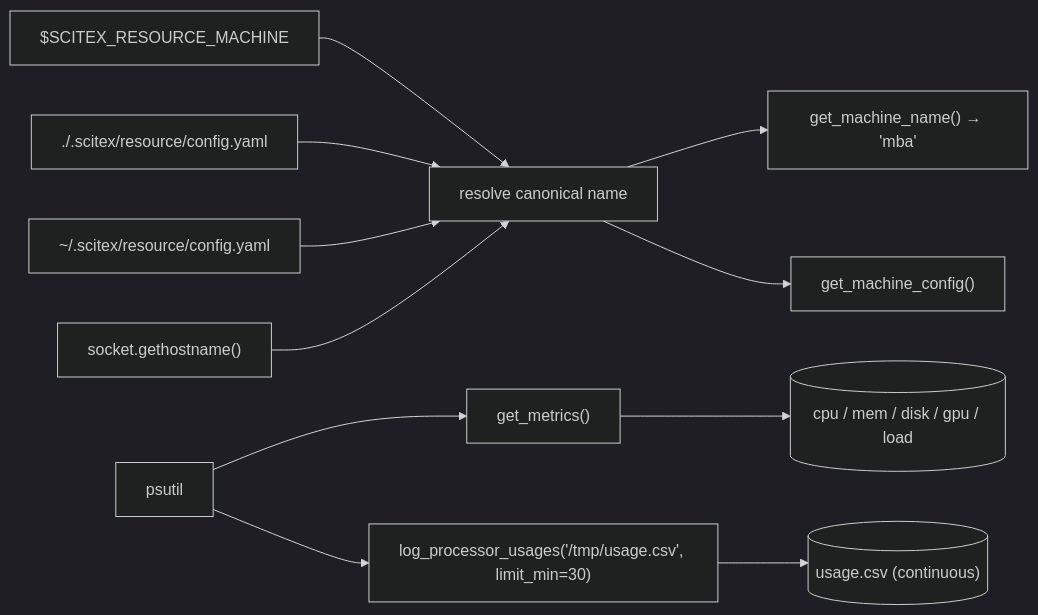
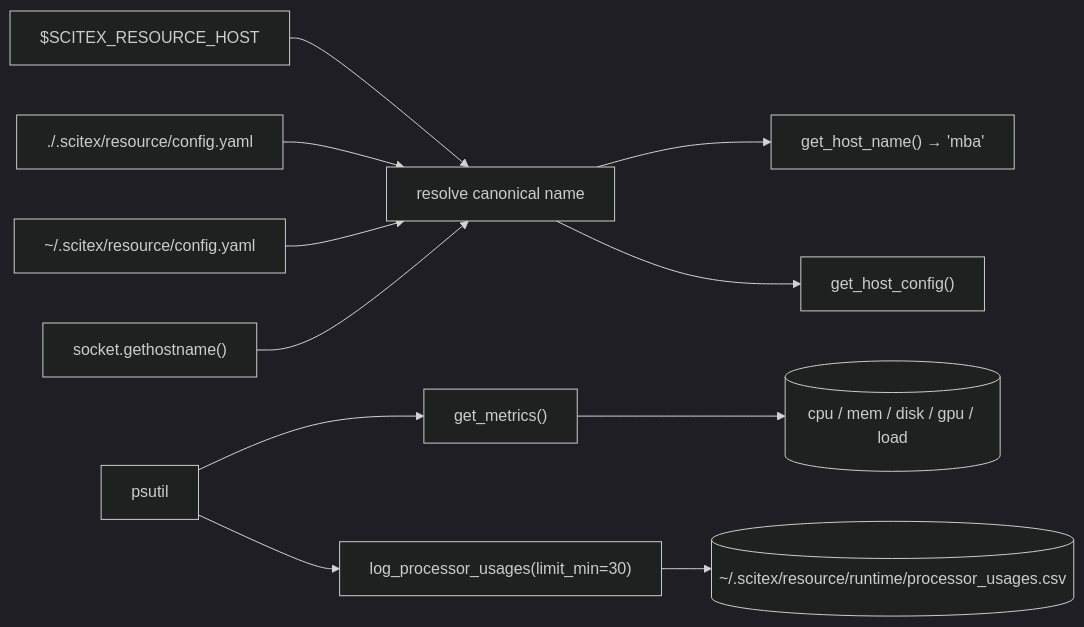
The diagram in README.md (ywatanabe1989/scitex-resource), drawn with Mermaid (dark theme) before and after one commit. The commit also changed other lines of this file and 9 other files, not shown here.

````diff
--- a/README.md
+++ b/README.md
@@ -79,13 +108,13 @@
 ```mermaid
 flowchart LR
-    env["$SCITEX_RESOURCE_MACHINE"] --> resolve["resolve canonical name"]
+    env["$SCITEX_RESOURCE_HOST"] --> resolve["resolve canonical name"]
     proj["./.scitex/resource/config.yaml"] --> resolve
     home["~/.scitex/resource/config.yaml"] --> resolve
     host["socket.gethostname()"] --> resolve
-    resolve --> name["get_machine_name() → 'mba'"]
-    resolve --> cfg["get_machine_config()"]
+    resolve --> name["get_host_name() → 'mba'"]
+    resolve --> cfg["get_host_config()"]
     psutil["psutil"] --> metrics["get_metrics()"]
     metrics --> snapshot[("cpu / mem / disk / gpu / load")]
-    psutil --> log["log_processor_usages('/tmp/usage.csv', limit_min=30)"]
-    log --> csv[("usage.csv (continuous)")]
+    psutil --> log["log_processor_usages(limit_min=30)"]
+    log --> csv[("~/.scitex/resource/runtime/processor_usages.csv")]
 ```
````
